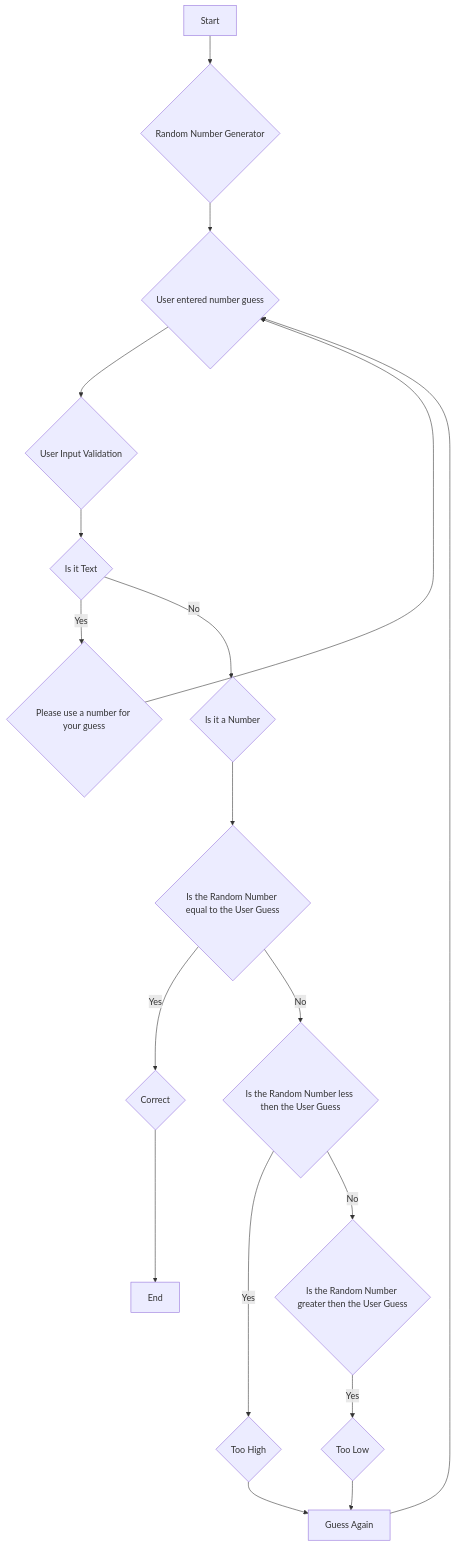
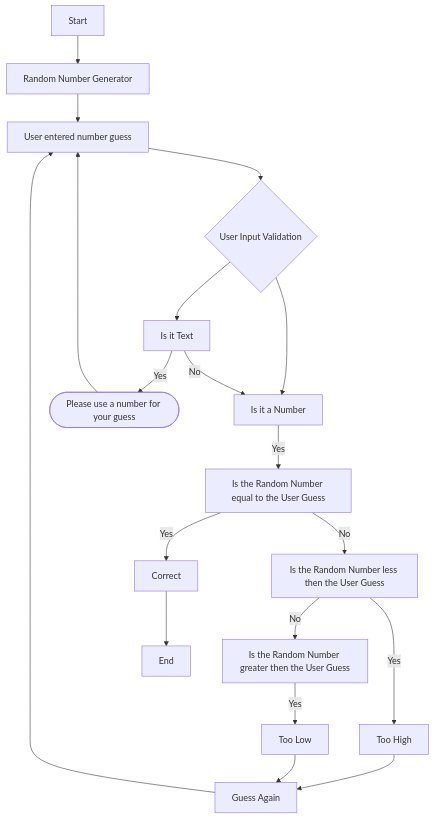
Before and after one commit to mewald19/guessinggame.github.io: the diagram in README.md, drawn with Mermaid.

Commit message:
Update README.md
cleaning up the code somemore

````diff
--- a/README.md
+++ b/README.md
@@ -2,17 +2,17 @@
 ```mermaid
 
 flowchart TD
-    A[Start] --> B{Random Number Generator} --> C{User entered number guess} -->D{User Input Validation} --> E{Is it Text}
-    E -- Yes --> O{Please use a number for your guess}
+    A[Start] --> B[Random Number Generator] --> C[User entered number guess] -->D{User Input Validation} --> E[Is it Text] & F[Is it a Number]
+    E -- Yes --> O([Please use a number for your guess])
     O --> C
-    E -- No --> F{Is it a Number}
-    F --> G{Is the Random Number equal to the User Guess}
-    G -- Yes -->  H{Correct}
-    G -- No --> I{Is the Random Number less then the User Guess}
-    I -- Yes --> J{Too High}
-    I -- No --> K{Is the Random Number greater then the User Guess}
-    K -- Yes --> L{Too Low}
+    E -- No --> F
+    F -- Yes --> G[Is the Random Number equal to the User Guess]
+    G -- Yes -->  H[Correct]
+    G -- No --> I[Is the Random Number less then the User Guess]
+    I -- Yes --> J[Too High]
+    I -- No --> K[Is the Random Number greater then the User Guess]
+    K -- Yes --> L[Too Low]
     J & L --> M[Guess Again]
     M --> C
     H --> N[End]
 ```
````
